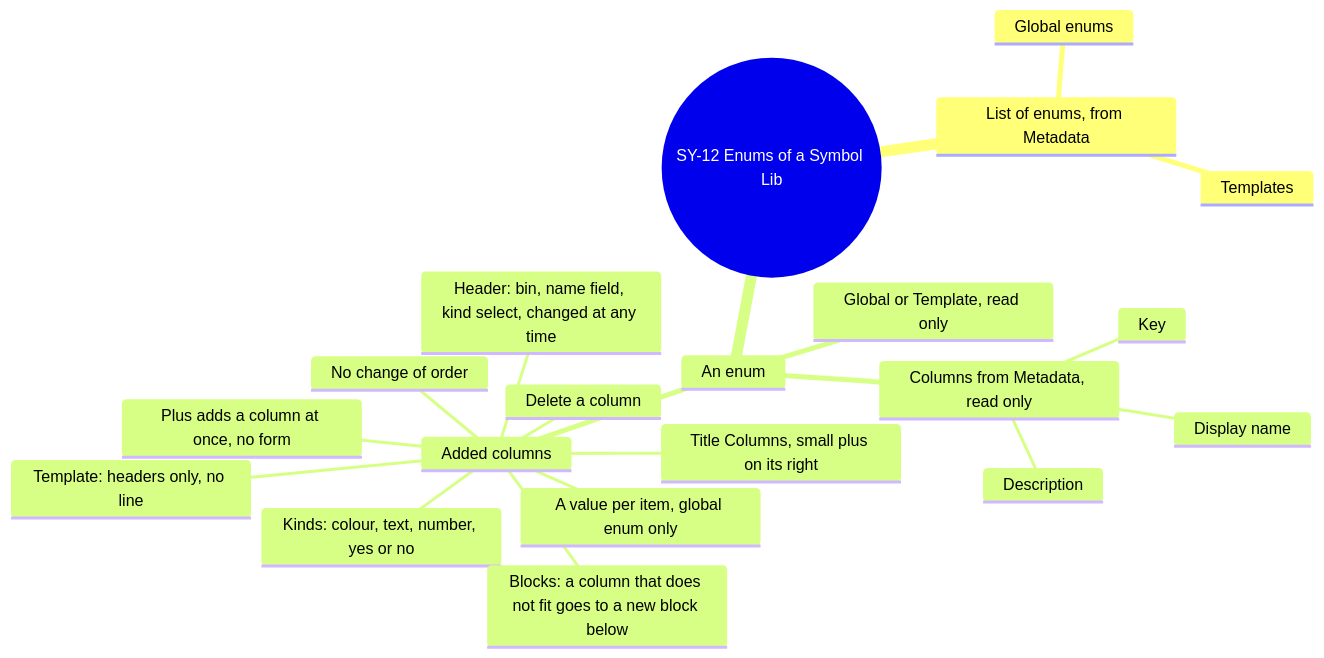
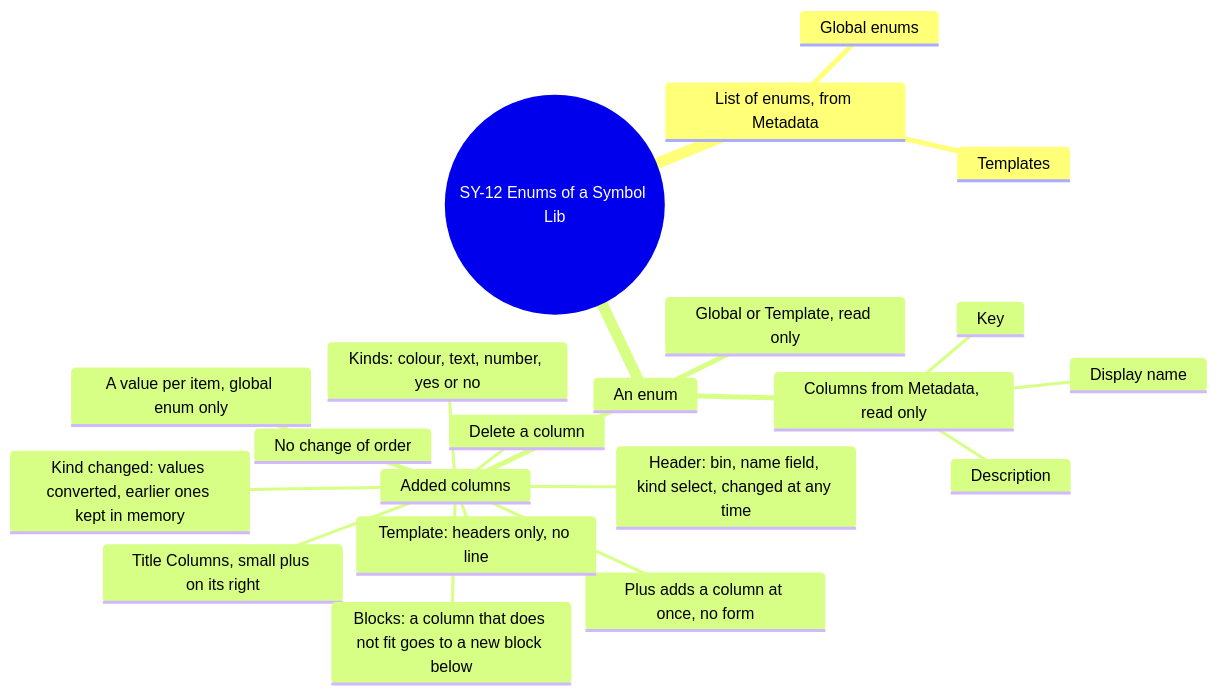
Diagram 14 of 14 in screens/symbols.md (AlexandreGallais/synoptic-studio-spec), drawn with Mermaid before and after one commit. The commit also changed other lines of this file and 4 other files, not shown here.

First line of the commit message:
docs(symbols): keep enum values across kind changes and settle new columns

````diff
--- a/screens/symbols.md
+++ b/screens/symbols.md
@@ -543,23 +543,24 @@
 ```mermaid
 mindmap
   root((SY-12 Enums of a Symbol Lib))
     List of enums, from Metadata
       Global enums
       Templates
     An enum
       Columns from Metadata, read only
         Key
         Display name
         Description
       Global or Template, read only
       Added columns
         Title Columns, small plus on its right
         Plus adds a column at once, no form
         Header: bin, name field, kind select, changed at any time
         Kinds: colour, text, number, yes or no
+        Kind changed: values converted, earlier ones kept in memory
         Blocks: a column that does not fit goes to a new block below
         A value per item, global enum only
         Template: headers only, no line
         Delete a column
         No change of order
 ```
````
